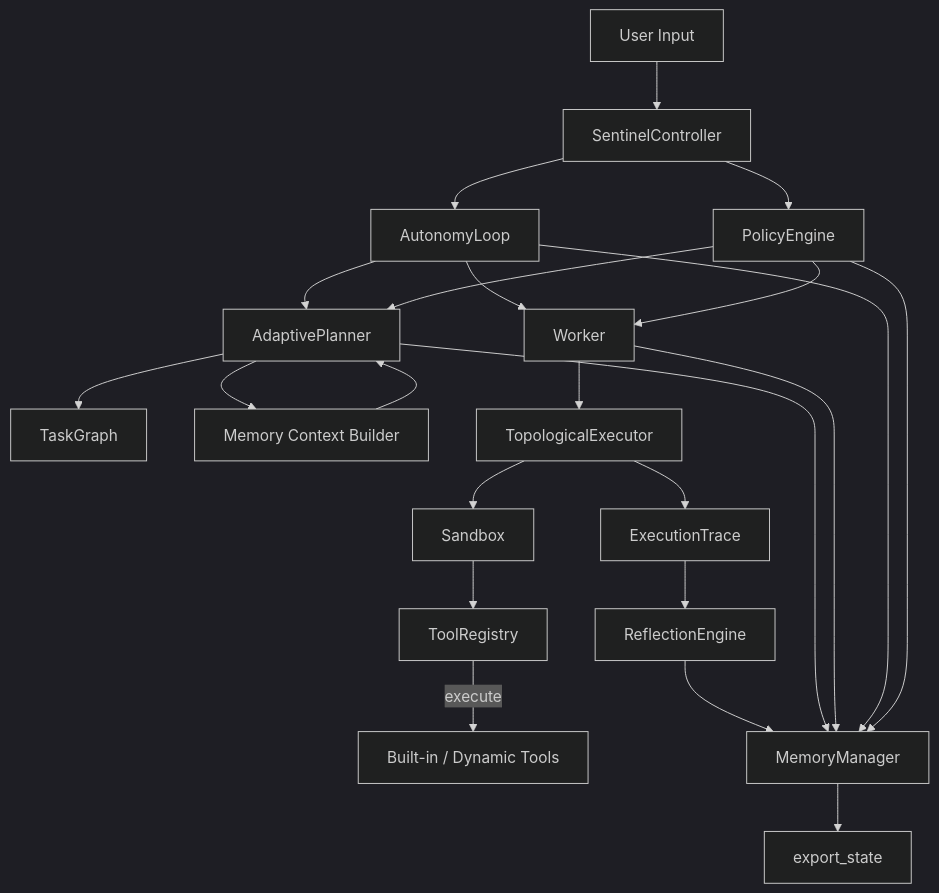
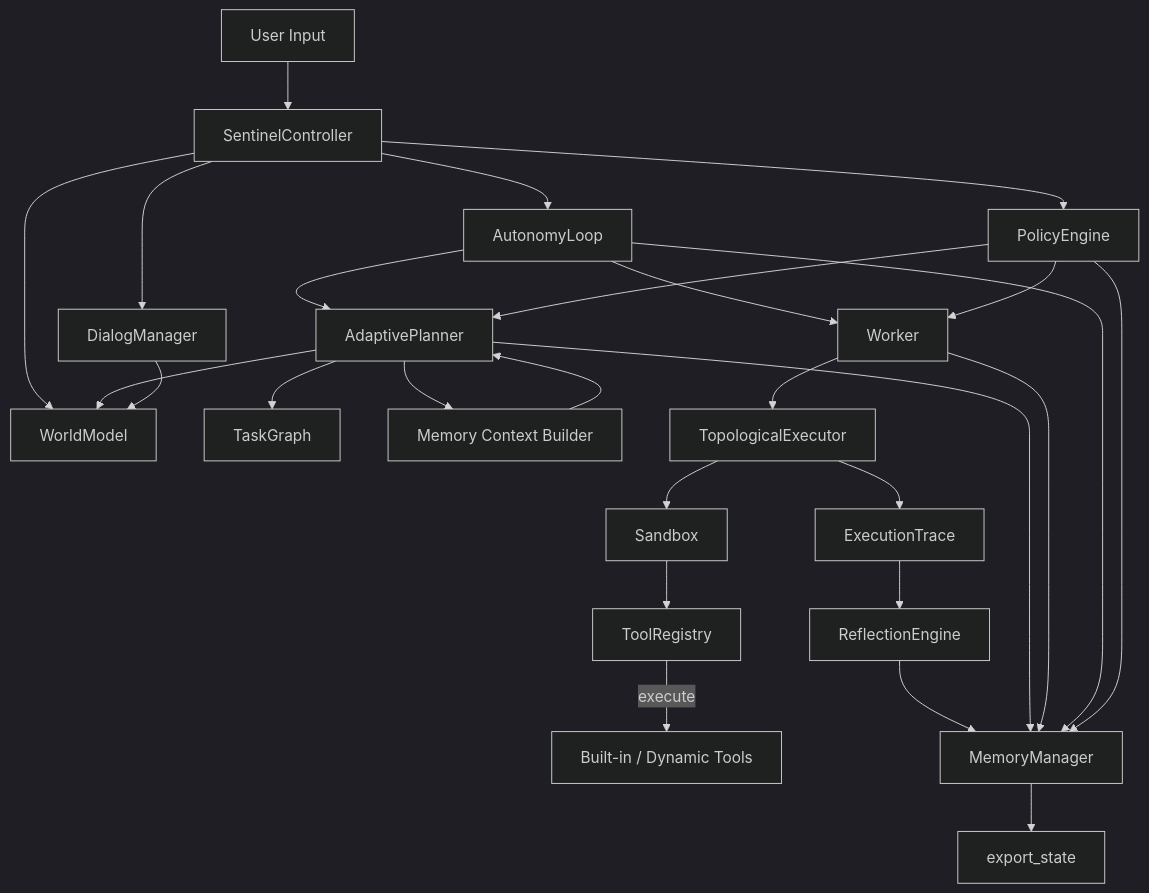
The diagram in sentinel/sentinel_spec.md (Demigodofa/sentinel-max), drawn with Mermaid (dark theme) before and after one commit. The commit also changed other lines of this file and 6 other files, not shown here.

Commit message:
Add world model foundation and dialog integration

````diff
--- a/sentinel/sentinel_spec.md
+++ b/sentinel/sentinel_spec.md
@@ -11,25 +11,29 @@
 ```mermaid
 graph TD
     UserInput[User Input] --> Controller[SentinelController]
     Controller --> Policy[PolicyEngine]
+    Controller --> WorldModel
+    Controller --> Dialog[DialogManager]
     Controller --> Autonomy[AutonomyLoop]
     Autonomy --> Planner[AdaptivePlanner]
     Planner --> Plan[TaskGraph]
     Planner --> MemoryIntelligence
+    Planner --> WorldModel
+    Dialog --> WorldModel
     MemoryIntelligence[Memory Context Builder] --> Planner
     Autonomy --> Worker
     Worker --> Executor[TopologicalExecutor]
     Executor --> Sandbox
     Sandbox --> ToolRegistry
     Policy --> Planner
     Policy --> Worker
     ToolRegistry -->|execute| Tools[Built-in / Dynamic Tools]
     Executor --> Trace[ExecutionTrace]
     Trace --> ReflectionEngine
     ReflectionEngine --> Memory[MemoryManager]
     Planner --> Memory
     Worker --> Memory
     Autonomy --> Memory
     Policy --> Memory
     Memory --> Export[export_state]
 ```
````
